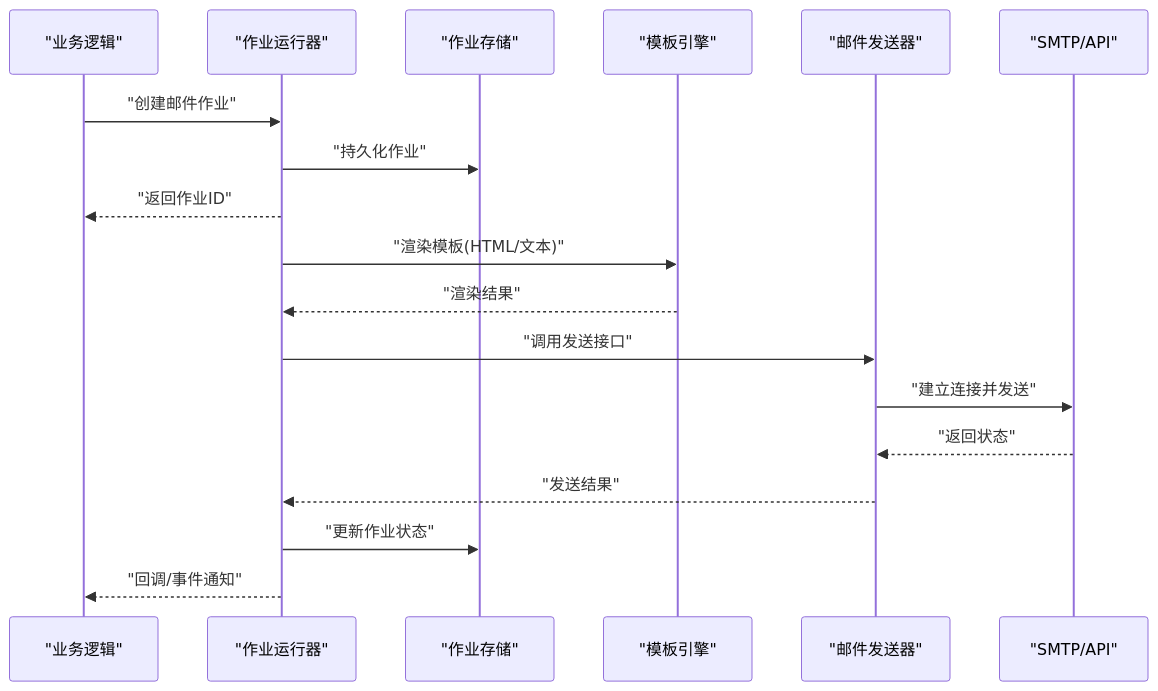
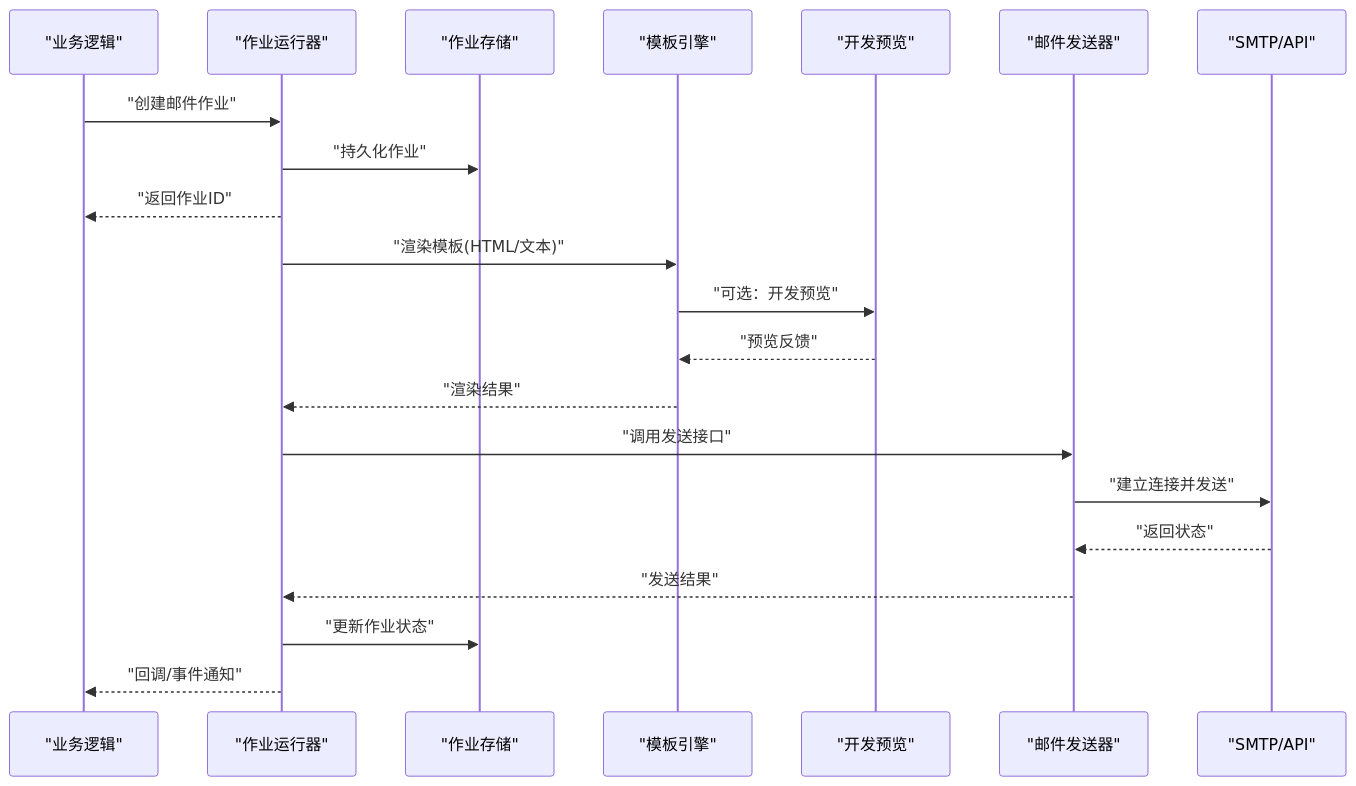
The second of 3 diagrams in .qoder/repowiki/zh/content/认证系统/邮件服务.md (scottcwy/PurpleInk), drawn with Mermaid before and after one commit. The commit also changed other lines of this file and 109 other files, not shown here.

````diff
--- a/.qoder/repowiki/zh/content/认证系统/邮件服务.md
+++ b/.qoder/repowiki/zh/content/认证系统/邮件服务.md
@@ -110,20 +132,23 @@
 ```mermaid
 sequenceDiagram
 participant 业务 as "业务逻辑"
 participant 队列 as "作业运行器"
 participant 存储 as "作业存储"
 participant 模板 as "模板引擎"
+participant 预览 as "开发预览"
 participant 发送 as "邮件发送器"
 participant 提供商 as "SMTP/API"
 业务->>队列 : "创建邮件作业"
 队列->>存储 : "持久化作业"
 队列-->>业务 : "返回作业ID"
 队列->>模板 : "渲染模板(HTML/文本)"
+模板->>预览 : "可选：开发预览"
+预览-->>模板 : "预览反馈"
 模板-->>队列 : "渲染结果"
 队列->>发送 : "调用发送接口"
 发送->>提供商 : "建立连接并发送"
 提供商-->>发送 : "返回状态"
 发送-->>队列 : "发送结果"
 队列->>存储 : "更新作业状态"
 队列-->>业务 : "回调/事件通知"
 ```
````
